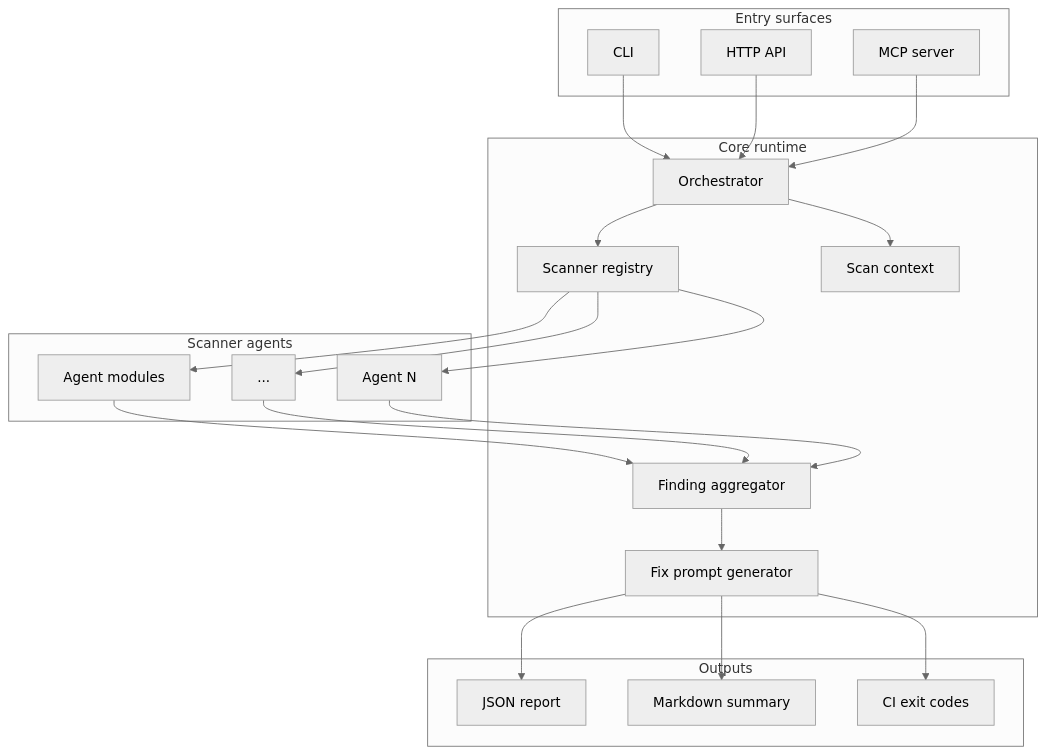
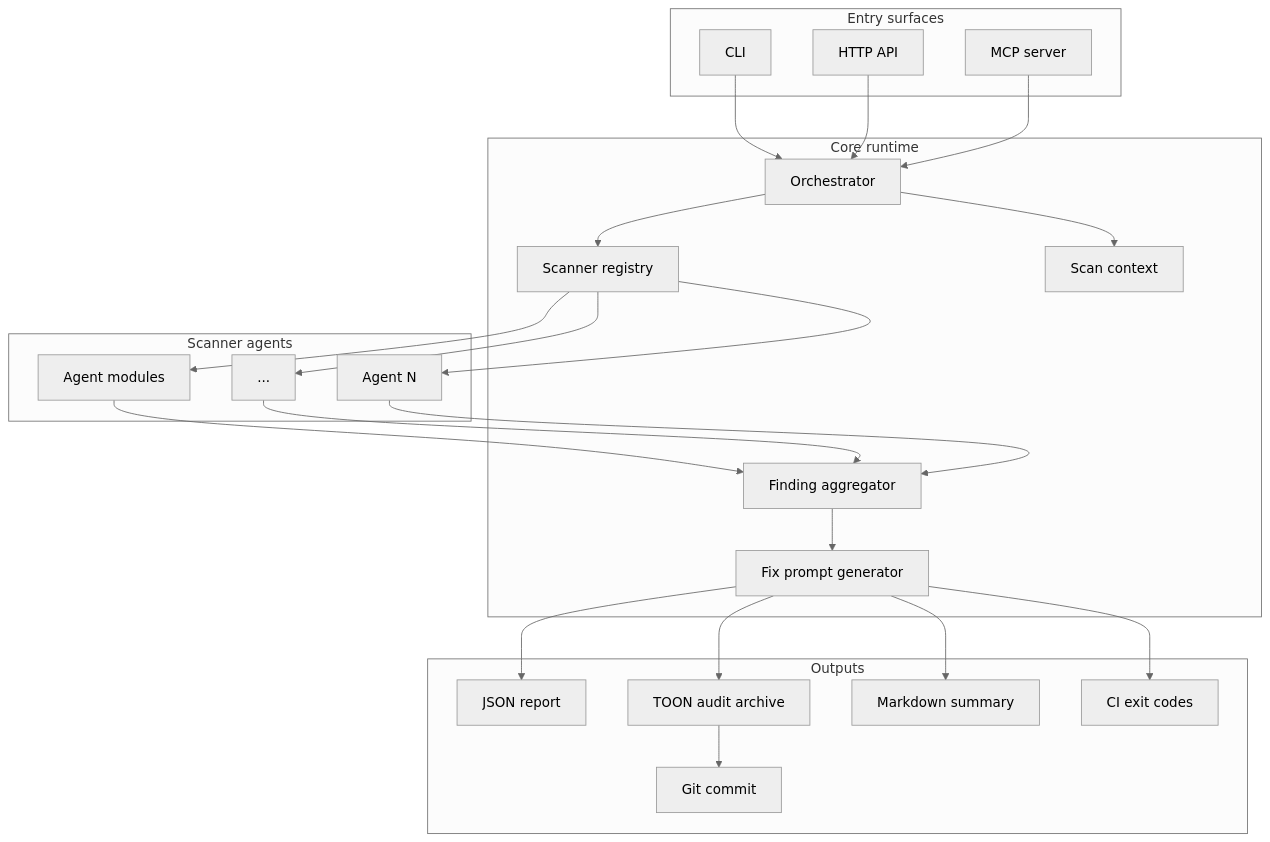
Before and after one commit to Among-Check/Among-Check-Core: the diagram in docs/architecture.md, drawn with Mermaid (neutral theme). The commit also changed other lines of this file and 18 other files, not shown here.

First line of the commit message:
Implement TOON audit archive and update documentation

````diff
--- a/docs/architecture.md
+++ b/docs/architecture.md
@@ -15,44 +15,48 @@
 ```mermaid
 flowchart TB
   subgraph surfaces [Entry surfaces]
     CLI[CLI]
     API[HTTP API]
     MCP[MCP server]
   end
 
   subgraph runtime [Core runtime]
     ORCH[Orchestrator]
     REG[Scanner registry]
     CTX[Scan context]
     AGG[Finding aggregator]
     PROMPT[Fix prompt generator]
   end
 
   subgraph agents [Scanner agents]
     S1[Agent modules]
     S2[...]
     Sn[Agent N]
   end
 
   subgraph outputs [Outputs]
     JSON[JSON report]
+    TOON[TOON audit archive]
+    GIT[Git commit]
     MD[Markdown summary]
     CI[CI exit codes]
   end
 
   CLI --> ORCH
   API --> ORCH
   MCP --> ORCH
   ORCH --> REG
   ORCH --> CTX
   REG --> S1
   REG --> S2
   REG --> Sn
   S1 --> AGG
   S2 --> AGG
   Sn --> AGG
   AGG --> PROMPT
   PROMPT --> JSON
+  PROMPT --> TOON
+  TOON --> GIT
   PROMPT --> MD
   PROMPT --> CI
 ```
````
